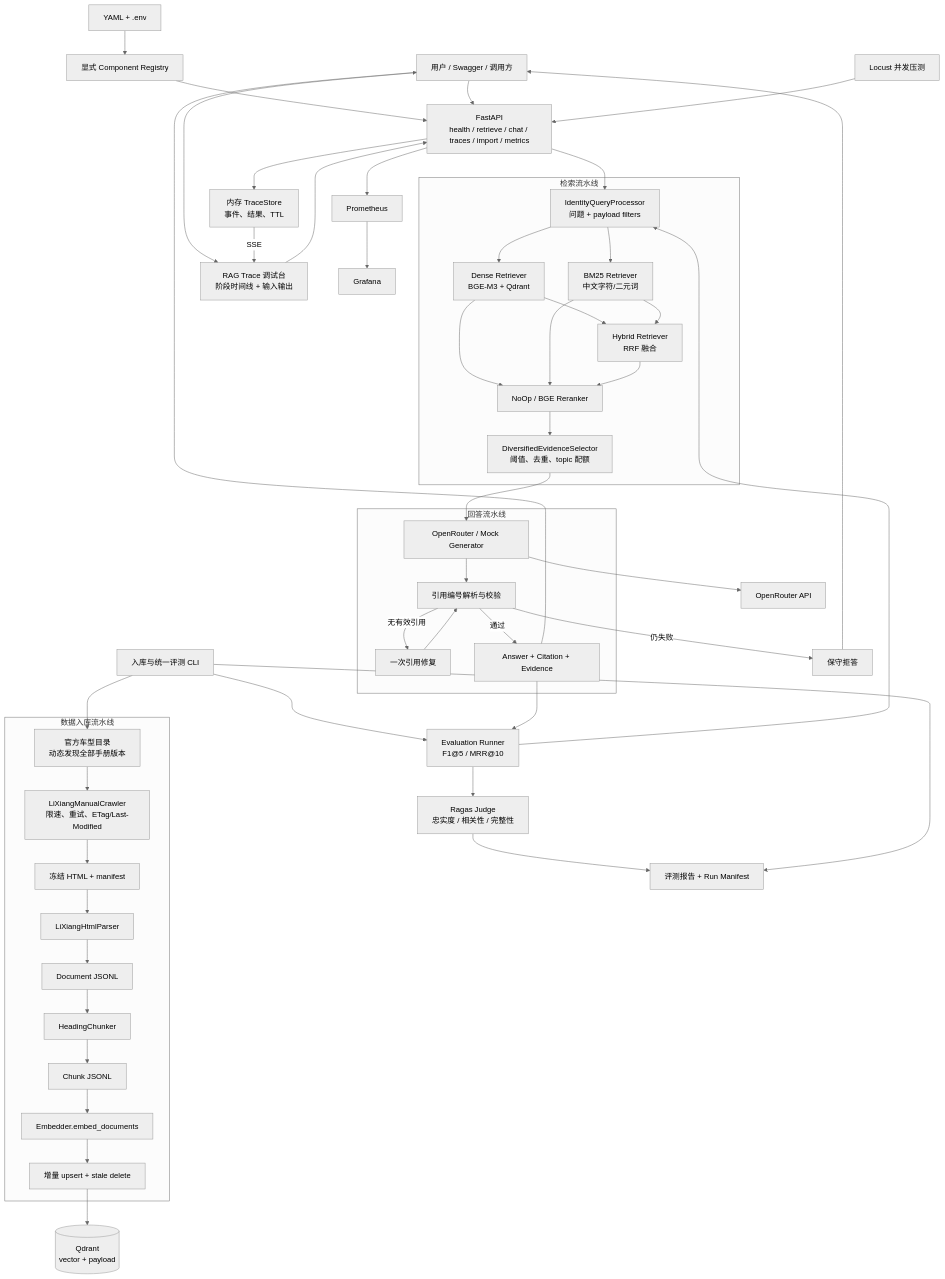
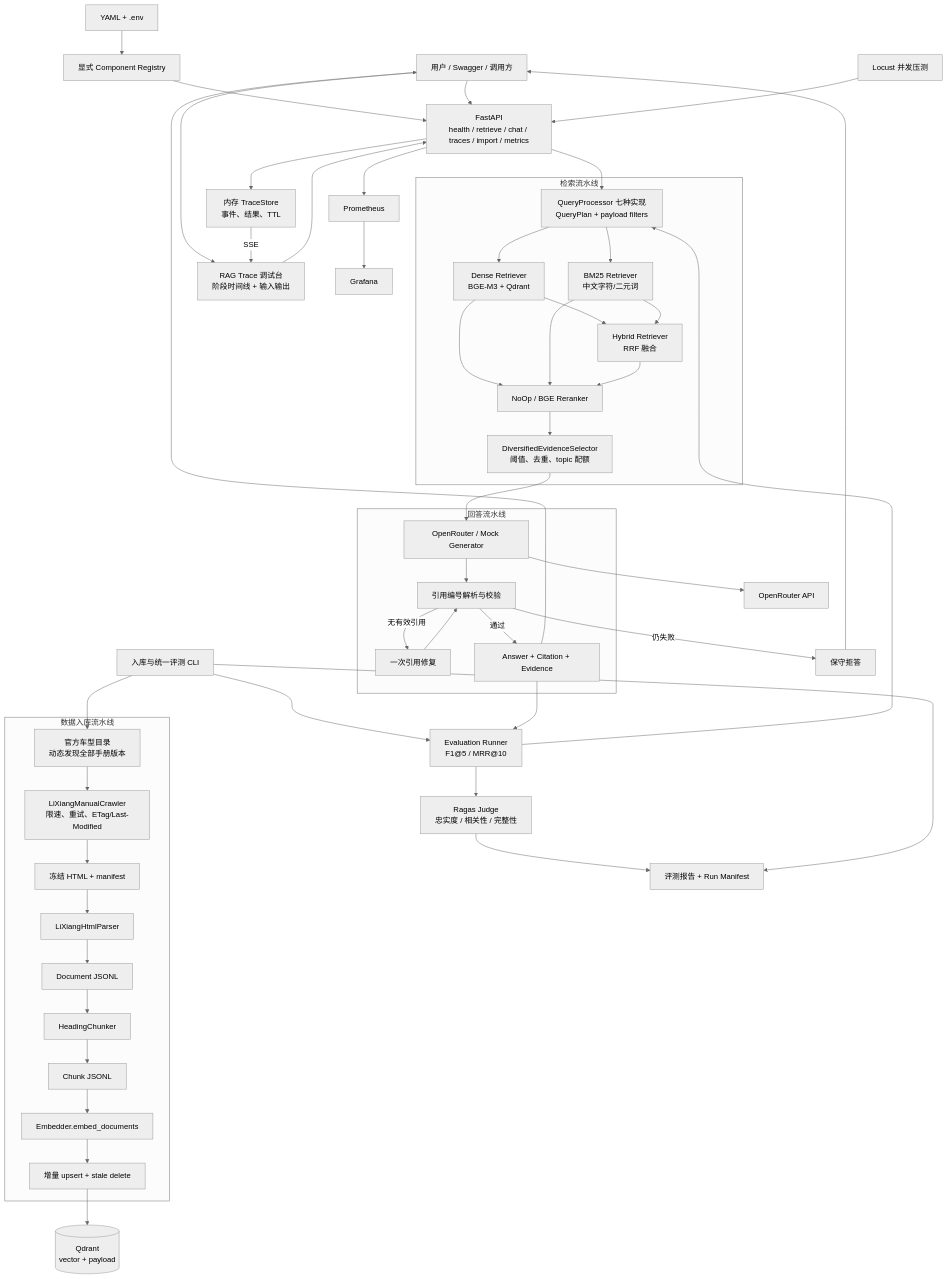
The diagram in docs/CURRENT_IMPLEMENTATION_ARCHITECTURE.md (liangminghan0228/lixiang-manual-rag), drawn with Mermaid (neutral theme) before and after one commit. The commit also changed other lines of this file and 51 other files, not shown here.

````diff
--- a/docs/CURRENT_IMPLEMENTATION_ARCHITECTURE.md
+++ b/docs/CURRENT_IMPLEMENTATION_ARCHITECTURE.md
@@ -13,71 +13,71 @@
 ```mermaid
 flowchart TB
     USER["用户 / Swagger / 调用方"]
     TRACE_UI["RAG Trace 调试台<br/>阶段时间线 + 输入输出"]
     CLI["入库与统一评测 CLI"]
     LOCUST["Locust 并发压测"]
     API["FastAPI<br/>health / retrieve / chat / traces / import / metrics"]
     TRACE_STORE["内存 TraceStore<br/>事件、结果、TTL"]
     CONFIG["YAML + .env"]
     REGISTRY["显式 Component Registry"]
 
     subgraph INGEST["数据入库流水线"]
         CATALOG["官方车型目录<br/>动态发现全部手册版本"]
         CRAWLER["LiXiangManualCrawler<br/>限速、重试、ETag/Last-Modified"]
         RAW["冻结 HTML + manifest"]
         PARSER["LiXiangHtmlParser"]
         DOC["Document JSONL"]
         CHUNKER["HeadingChunker"]
         CHUNKS["Chunk JSONL"]
         EMBED_DOC["Embedder.embed_documents"]
         SYNC["增量 upsert + stale delete"]
     end
 
     subgraph RETRIEVAL["检索流水线"]
-        QUERY["IdentityQueryProcessor<br/>问题 + payload filters"]
+        QUERY["QueryProcessor 七种实现<br/>QueryPlan + payload filters"]
         DENSE["Dense Retriever<br/>BGE-M3 + Qdrant"]
         BM25["BM25 Retriever<br/>中文字符/二元词"]
         HYBRID["Hybrid Retriever<br/>RRF 融合"]
         RERANK["NoOp / BGE Reranker"]
         EVIDENCE["DiversifiedEvidenceSelector<br/>阈值、去重、topic 配额"]
     end
 
     subgraph GENERATION["回答流水线"]
         GEN["OpenRouter / Mock Generator"]
         VALIDATE["引用编号解析与校验"]
         REPAIR["一次引用修复"]
         ANSWER["Answer + Citation + Evidence"]
     end
 
     QDRANT[("Qdrant<br/>vector + payload")]
     OPENROUTER["OpenRouter API"]
     RAGAS["Ragas Judge<br/>忠实度 / 相关性 / 完整性"]
     EVAL["Evaluation Runner<br/>F1@5 / MRR@10"]
     PROM["Prometheus"]
     GRAFANA["Grafana"]
     REPORTS["评测报告 + Run Manifest"]
 
     CONFIG --> REGISTRY --> API
     USER --> API
     USER --> TRACE_UI --> API
     API --> TRACE_STORE
     TRACE_STORE -->|"SSE"| TRACE_UI
     CLI --> CATALOG --> CRAWLER --> RAW --> PARSER --> DOC --> CHUNKER --> CHUNKS --> EMBED_DOC --> SYNC --> QDRANT
     CLI --> EVAL --> QUERY
     API --> QUERY
     QUERY --> DENSE
     QUERY --> BM25
     DENSE --> HYBRID
     BM25 --> HYBRID
     DENSE --> RERANK
     BM25 --> RERANK
     HYBRID --> RERANK --> EVIDENCE --> GEN
     GEN --> OPENROUTER
     GEN --> VALIDATE -->|"无有效引用"| REPAIR --> VALIDATE
     VALIDATE -->|"通过"| ANSWER --> USER
     ANSWER --> EVAL --> RAGAS --> REPORTS
     VALIDATE -->|"仍失败"| REFUSE["保守拒答"] --> USER
     LOCUST --> API
     API --> PROM --> GRAFANA
     CLI --> REPORTS
 ```
````
